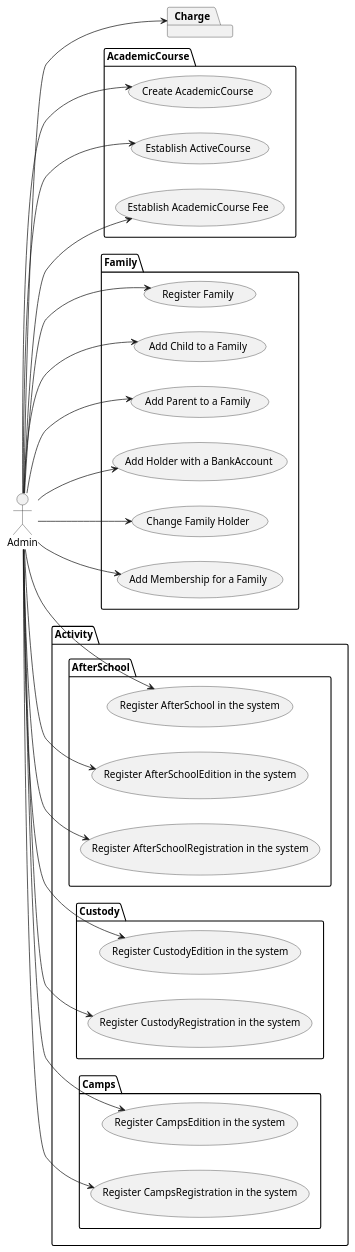
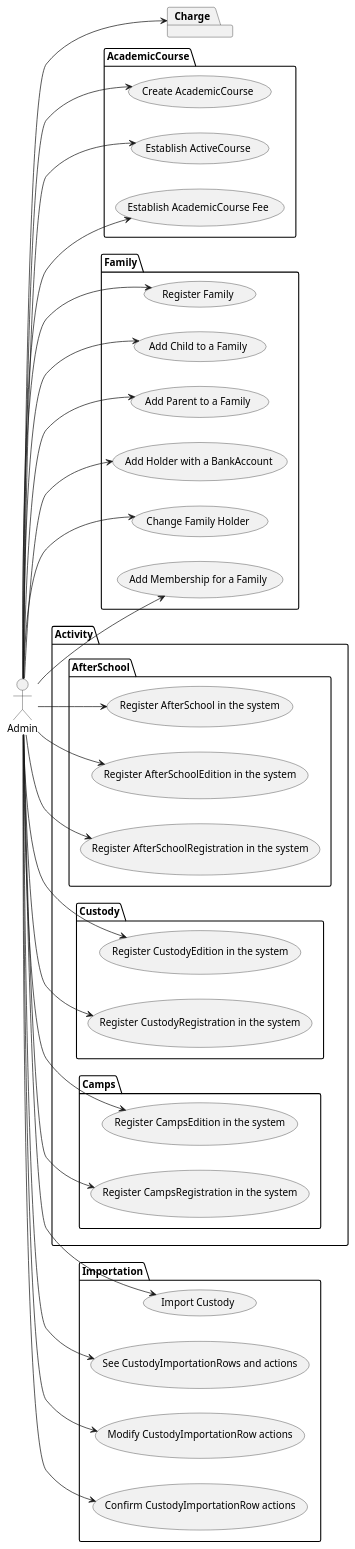
One commit to IgnacioMaestro/ampa-manager changed the diagram in doc/UseCasesDiagram/UseCasesDiagram.puml. Above: the diagram before and after it, drawn with PlantUML.

Commit message:
feat: create ImportationPackage use cases

```diff
--- a/doc/UseCasesDiagram/UseCasesDiagram.puml
+++ b/doc/UseCasesDiagram/UseCasesDiagram.puml
@@ -1,35 +1,41 @@
 @startuml
 left to right direction
 actor Admin
 package AcademicCourse{
     Admin --> (Create AcademicCourse)
     Admin --> (Establish ActiveCourse)
     Admin --> (Establish AcademicCourse Fee)
 }
 package Family {
     Admin --> (Register Family)
     Admin --> (Add Child to a Family)
     Admin --> (Add Parent to a Family)
     Admin --> (Add Holder with a BankAccount)
     Admin --> (Change Family Holder)
     Admin --> (Add Membership for a Family)
 }
 package Activity {
     package AfterSchool {
         Admin --> (Register AfterSchool in the system)
         Admin --> (Register AfterSchoolEdition in the system)
         Admin --> (Register AfterSchoolRegistration in the system)
     }
     package Custody {
         Admin --> (Register CustodyEdition in the system)
         Admin --> (Register CustodyRegistration in the system)
     }
     package Camps {
         Admin --> (Register CampsEdition in the system)
         Admin --> (Register CampsRegistration in the system)
     }
 }
 package Charge {
+    Admin --> Charge
 }
-Admin --> Charge
+package Importation {
+    Admin --> (Import Custody)
+    Admin --> (See CustodyImportationRows and actions)
+    Admin --> (Modify CustodyImportationRow actions)
+    Admin --> (Confirm CustodyImportationRow actions)
+}
 @enduml
```
